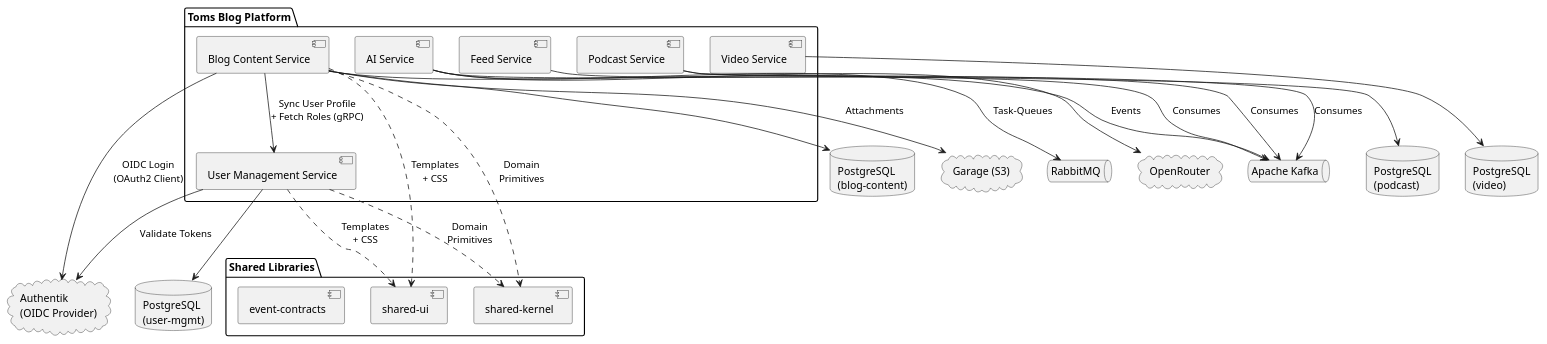
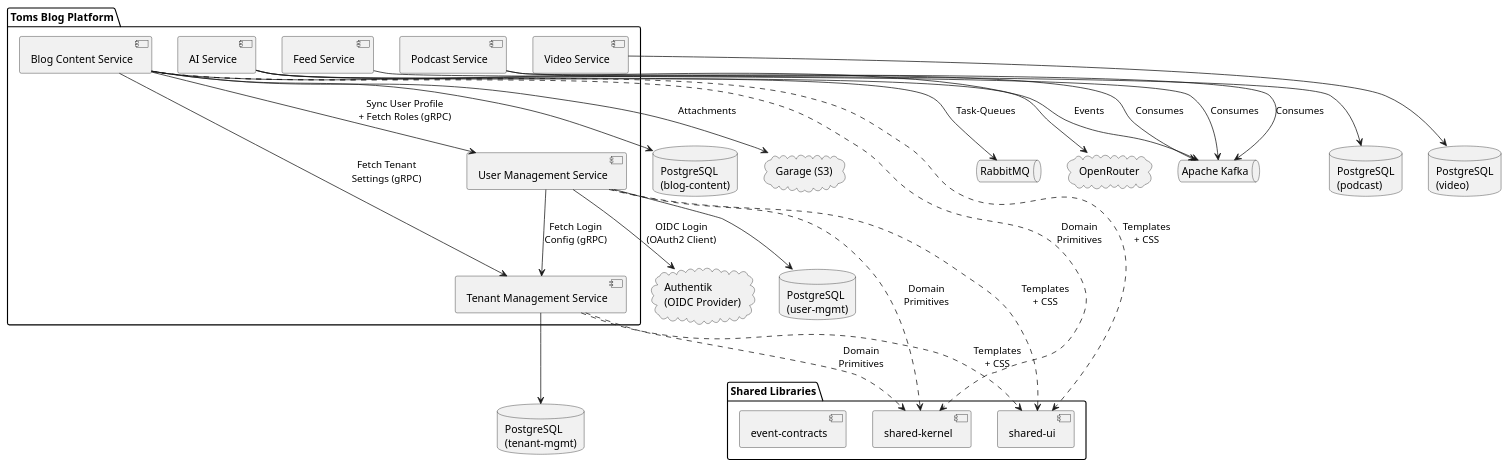
Before and after one commit to tomirgang/tomsblog: the diagram in docs/arc42/modules/ROOT/partials/plantuml/building-blocks-l1.puml, drawn with PlantUML. The commit also changed 83 other files, not shown here.

Commit message:
Tenant service

```diff
--- a/docs/arc42/modules/ROOT/partials/plantuml/building-blocks-l1.puml
+++ b/docs/arc42/modules/ROOT/partials/plantuml/building-blocks-l1.puml
@@ -1,45 +1,51 @@
 @startuml
 package "Toms Blog Platform" {
   [Blog Content Service] as blog
   [User Management Service] as usermgmt
+  [Tenant Management Service] as tenantmgmt
   [Feed Service] as feed
   [AI Service] as ai
   [Podcast Service] as podcast
   [Video Service] as video
 }
 
 package "Shared Libraries" {
   [shared-kernel] as kernel
   [shared-ui] as sharedui
   [event-contracts] as events
 }
 
 cloud "Authentik\n(OIDC Provider)" as authentik
 database "PostgreSQL\n(blog-content)" as db_blog
 database "PostgreSQL\n(user-mgmt)" as db_user
+database "PostgreSQL\n(tenant-mgmt)" as db_tenant
 database "PostgreSQL\n(podcast)" as db_podcast
 database "PostgreSQL\n(video)" as db_video
 queue "Apache Kafka" as kafka
 queue "RabbitMQ" as rabbitmq
 cloud "OpenRouter" as openrouter
 cloud "Garage (S3)" as s3
 
 blog --> db_blog
-blog --> authentik : OIDC Login\n(OAuth2 Client)
 blog --> usermgmt : Sync User Profile\n+ Fetch Roles (gRPC)
+blog --> tenantmgmt : Fetch Tenant\nSettings (gRPC)
 blog ..> sharedui : Templates\n+ CSS
 blog ..> kernel : Domain\nPrimitives
 usermgmt --> db_user
-usermgmt --> authentik : Validate Tokens
+usermgmt --> authentik : OIDC Login\n(OAuth2 Client)
+usermgmt --> tenantmgmt : Fetch Login\nConfig (gRPC)
 usermgmt ..> sharedui : Templates\n+ CSS
 usermgmt ..> kernel : Domain\nPrimitives
+tenantmgmt --> db_tenant
+tenantmgmt ..> sharedui : Templates\n+ CSS
+tenantmgmt ..> kernel : Domain\nPrimitives
 blog --> kafka : Events
 blog --> s3 : Attachments
 feed --> kafka : Consumes
 ai --> kafka : Consumes
 ai --> rabbitmq : Task-Queues
 ai --> openrouter
 podcast --> kafka : Consumes
 podcast --> db_podcast
 video --> db_video
 @enduml
```
